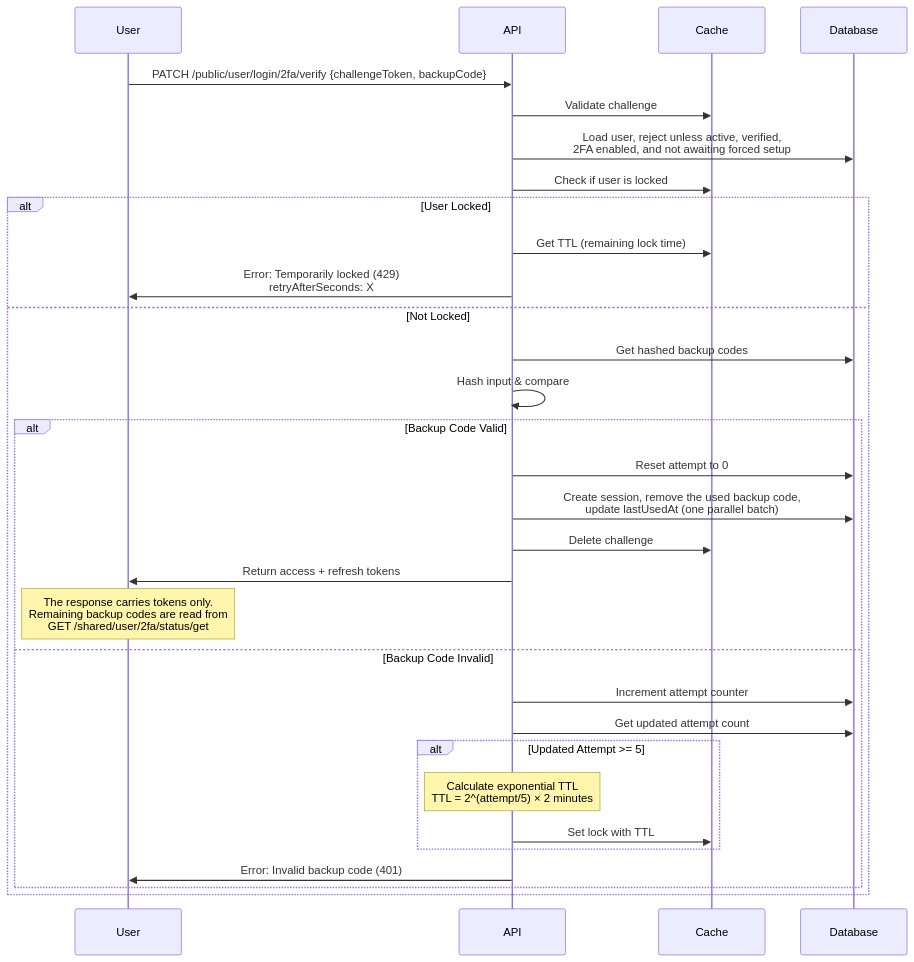
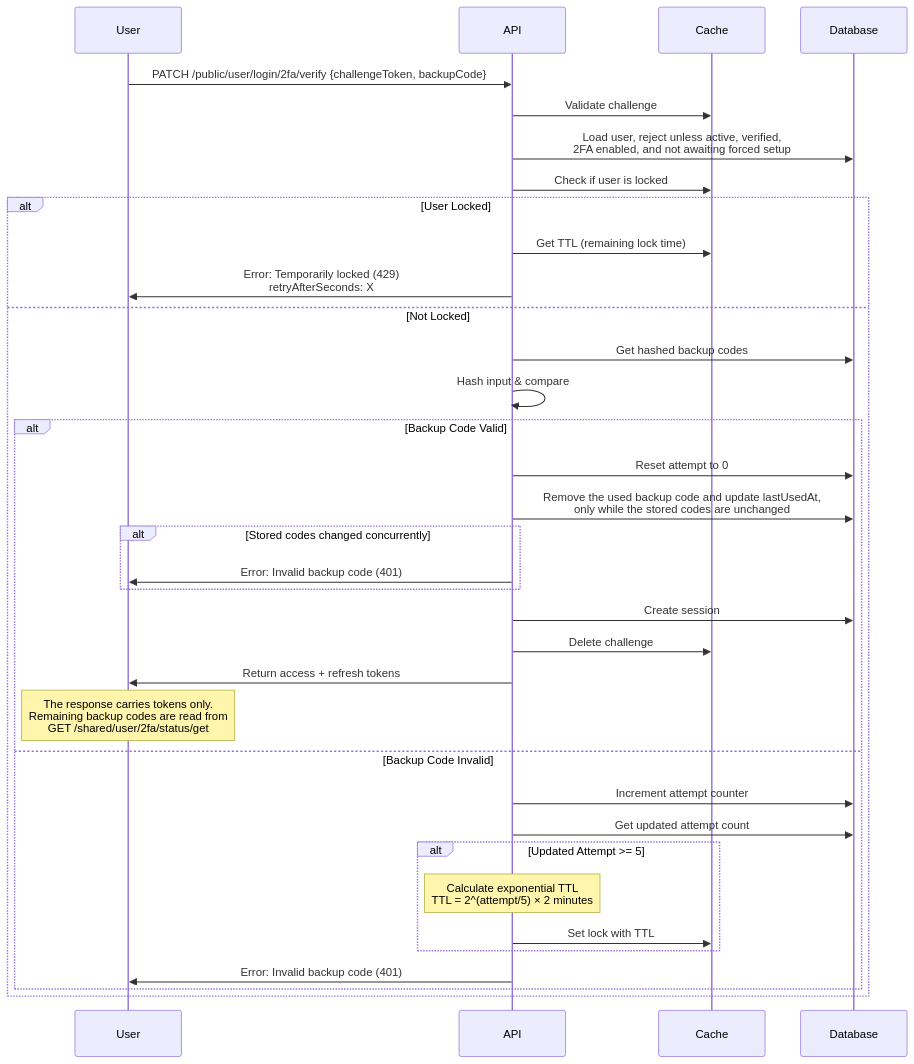
One commit to andrechristikan/ack-nestjs-boilerplate changed the fourth of 9 diagrams in docs/two-factor.md. Above: the diagram before and after it, drawn with Mermaid. The commit also changed other lines of this file and 1013 other files, not shown here.

````diff
--- a/docs/two-factor.md
+++ b/docs/two-factor.md
@@ -284,34 +297,38 @@
 ```mermaid
 sequenceDiagram
     participant User
     participant API
     participant Cache
     participant Database
 
     User->>API: PATCH /public/user/login/2fa/verify {challengeToken, backupCode}
     API->>Cache: Validate challenge
     API->>Database: Load user, reject unless active, verified,<br/>2FA enabled, and not awaiting forced setup
     API->>Cache: Check if user is locked
     alt User Locked
         API->>Cache: Get TTL (remaining lock time)
         API->>User: Error: Temporarily locked (429)<br/>retryAfterSeconds: X
     else Not Locked
         API->>Database: Get hashed backup codes
         API->>API: Hash input & compare
         alt Backup Code Valid
             API->>Database: Reset attempt to 0
-            API->>Database: Create session, remove the used backup code,<br/>update lastUsedAt (one parallel batch)
+            API->>Database: Remove the used backup code and update lastUsedAt,<br/>only while the stored codes are unchanged
+            alt Stored codes changed concurrently
+                API->>User: Error: Invalid backup code (401)
+            end
+            API->>Database: Create session
             API->>Cache: Delete challenge
             API->>User: Return access + refresh tokens
             Note over User: The response carries tokens only.<br/>Remaining backup codes are read from<br/>GET /shared/user/2fa/status/get
         else Backup Code Invalid
             API->>Database: Increment attempt counter
             API->>Database: Get updated attempt count
             alt Updated Attempt >= 5
                 Note over API: Calculate exponential TTL<br/>TTL = 2^(attempt/5) × 2 minutes
                 API->>Cache: Set lock with TTL
             end
             API->>User: Error: Invalid backup code (401)
         end
     end
 ```
````
